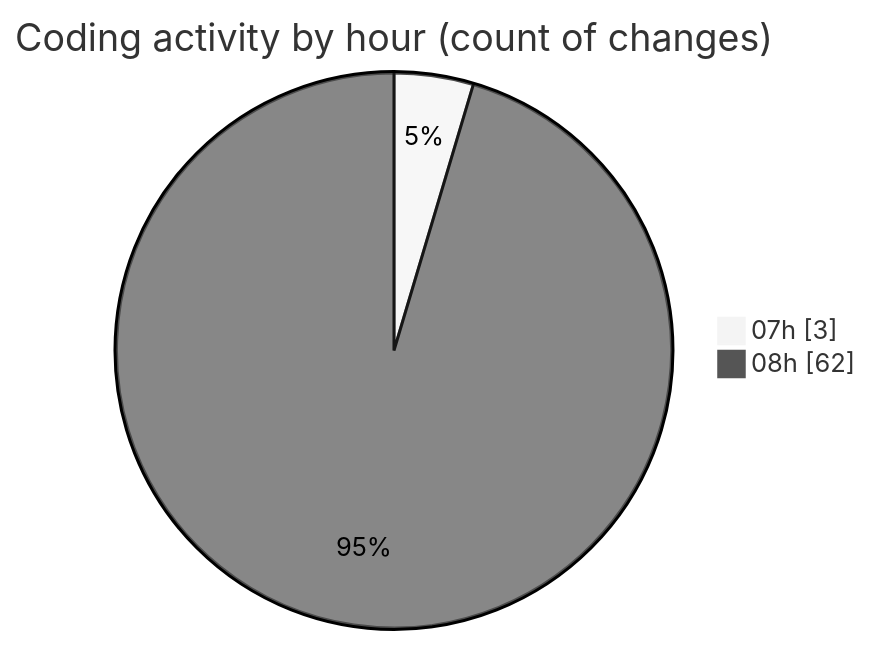
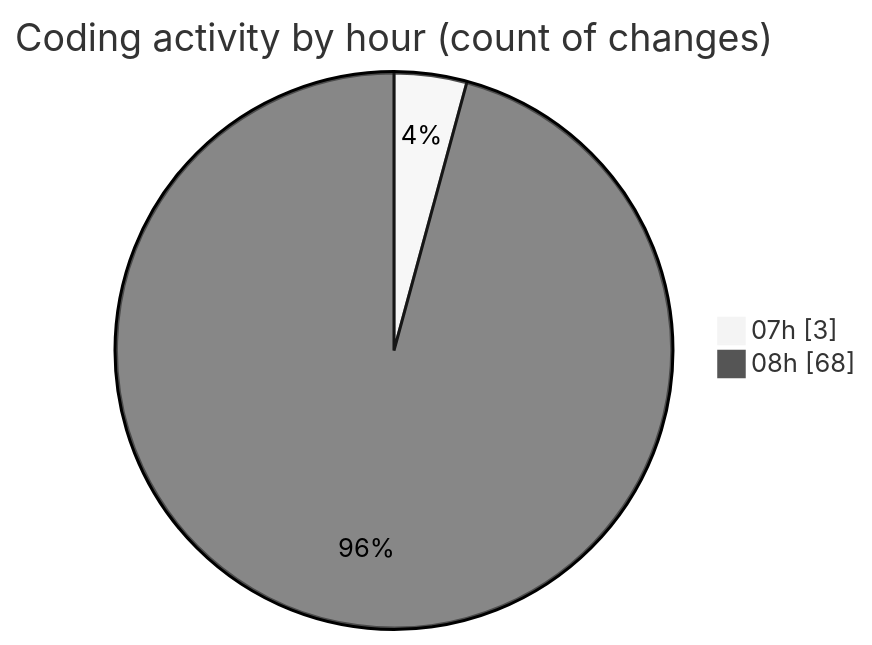
The second of 2 diagrams in 2025-07-10/toolsopenemalpass/README.md (lephambinh05/code-tracking), drawn with Mermaid (neutral theme) before and after one commit. The commit also changed other lines of this file and 1 other file, not shown here.

````diff
--- a/2025-07-10/toolsopenemalpass/README.md
+++ b/2025-07-10/toolsopenemalpass/README.md
@@ -63,6 +63,6 @@
 ```mermaid
 pie showData
 title Coding activity by hour (count of changes)
 "07h" : 3
-"08h" : 62
+"08h" : 68
 ```
````
